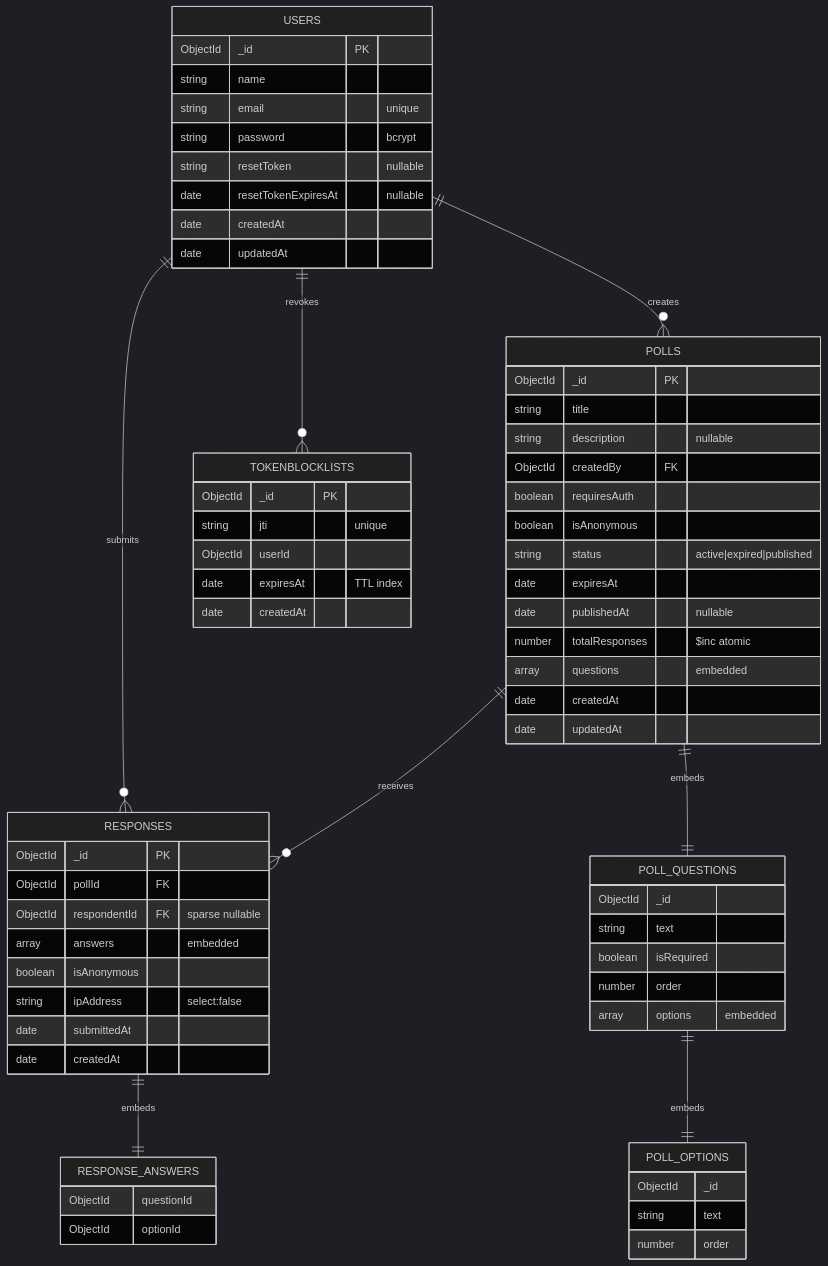
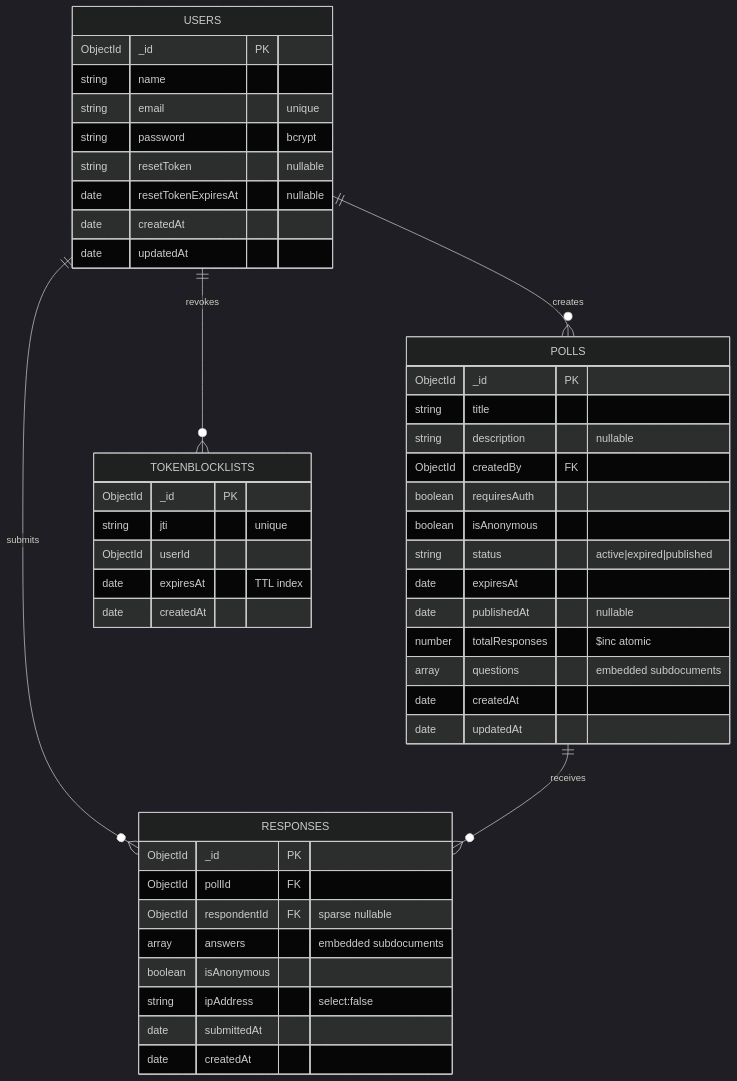
The second of 4 diagrams in README.md (PreetMax85/pollflow), drawn with Mermaid (dark theme) before and after one commit. The commit also changed other lines of this file, not shown here.

````diff
--- a/README.md
+++ b/README.md
@@ -233,75 +233,53 @@
 ```mermaid
 erDiagram
     USERS {
         ObjectId _id PK
         string name
         string email "unique"
         string password "bcrypt"
         string resetToken "nullable"
         date resetTokenExpiresAt "nullable"
         date createdAt
         date updatedAt
     }
 
     POLLS {
         ObjectId _id PK
         string title
         string description "nullable"
         ObjectId createdBy FK
         boolean requiresAuth
         boolean isAnonymous
         string status "active|expired|published"
         date expiresAt
         date publishedAt "nullable"
         number totalResponses "$inc atomic"
-        array questions "embedded"
+        array questions "embedded subdocuments"
         date createdAt
         date updatedAt
-    }
-
-    POLL_QUESTIONS {
-        ObjectId _id
-        string text
-        boolean isRequired
-        number order
-        array options "embedded"
-    }
-
-    POLL_OPTIONS {
-        ObjectId _id
-        string text
-        number order
     }
 
     RESPONSES {
         ObjectId _id PK
         ObjectId pollId FK
         ObjectId respondentId FK "sparse nullable"
-        array answers "embedded"
+        array answers "embedded subdocuments"
         boolean isAnonymous
         string ipAddress "select:false"
         date submittedAt
         date createdAt
-    }
-
-    RESPONSE_ANSWERS {
-        ObjectId questionId
-        ObjectId optionId
     }
 
     TOKENBLOCKLISTS {
         ObjectId _id PK
         string jti "unique"
         ObjectId userId
         date expiresAt "TTL index"
         date createdAt
     }
 
     USERS ||--o{ POLLS : "creates"
     USERS ||--o{ RESPONSES : "submits"
     POLLS ||--o{ RESPONSES : "receives"
-    POLLS ||--|| POLL_QUESTIONS : "embeds"
-    POLL_QUESTIONS ||--|| POLL_OPTIONS : "embeds"
-    RESPONSES ||--|| RESPONSE_ANSWERS : "embeds"
     USERS ||--o{ TOKENBLOCKLISTS : "revokes"
 ```
````
